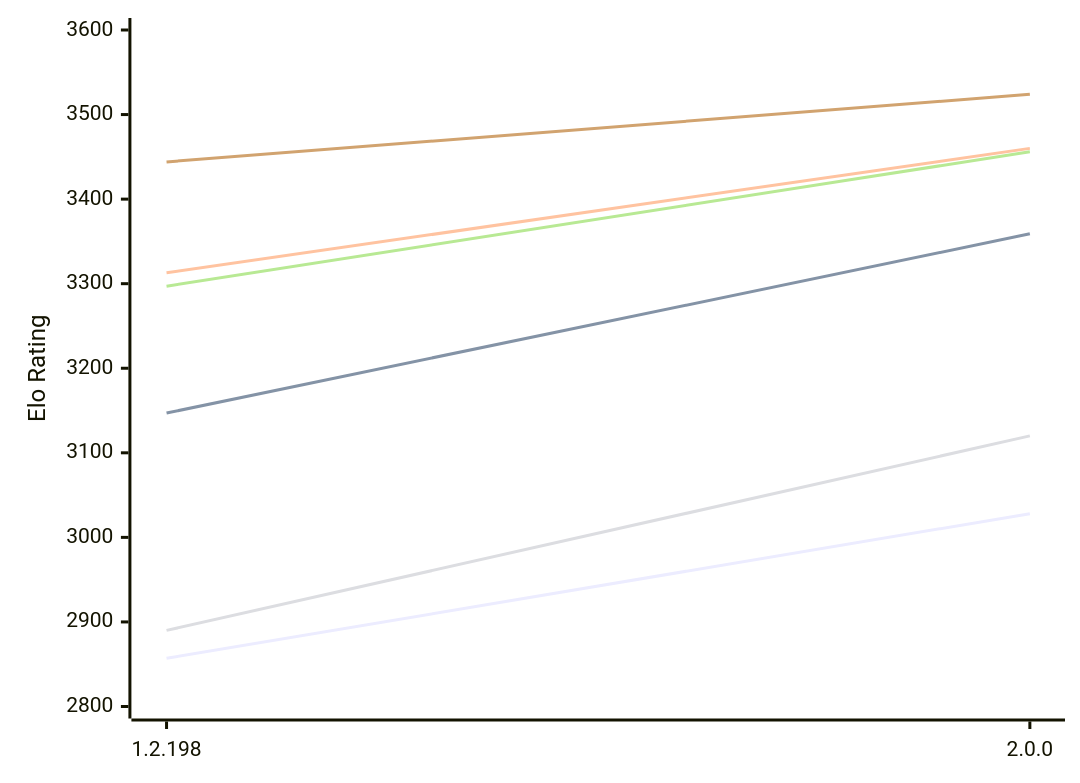
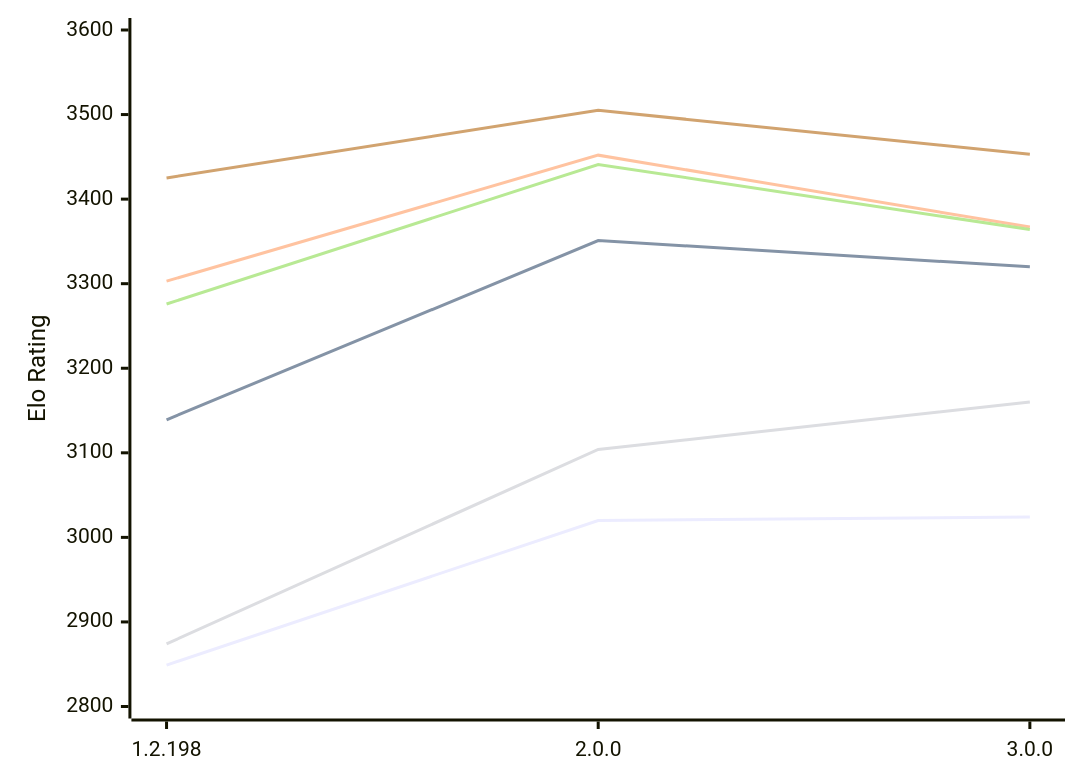
Before and after one commit to computer-chess-index/cci: the diagram in engines/Zenith.md, drawn with Mermaid. The commit also changed other lines of this file, not shown here.

Commit message:
Update CCI Ratings (ELO VLTC) - 2026-11-02

````diff
--- a/engines/Zenith.md
+++ b/engines/Zenith.md
@@ -49,12 +51,12 @@
 ```mermaid
 %%{init: {"theme":"base","themeVariables":{"seriesColors:['#a3a3a3','#222221','#faa371']}}}%%
 xychart-beta
-  x-axis ["1.2.198", "2.0.0"]
+  x-axis ["1.2.198", "2.0.0", "3.0.0"]
   y-axis "Elo Rating" 2800 --> 3600
-  line "E1: STC (8.0+0.08s)" [2857, 3028]
-  line "E1: LTC (60.0+0.60s)" [3147, 3359]
-  line "E1: VLTC (2m24s+1.12s)" [3313, 3460]
-  line "P1: STC (8.0+0.08s)" [2890, 3120]
-  line "P1: LTC (60.0+0.60s)" [3297, 3456]
-  line "P1: VLTC (2m24s+1.12s)" [3444, 3524]
+  line "E1: STC (8.0+0.08s)" [2849, 3020, 3024]
+  line "E1: LTC (60.0+0.60s)" [3139, 3351, 3320]
+  line "E1: VLTC (2m24s+1.12s)" [3303, 3452, 3367]
+  line "P1: STC (8.0+0.08s)" [2874, 3104, 3160]
+  line "P1: LTC (60.0+0.60s)" [3276, 3441, 3364]
+  line "P1: VLTC (2m24s+1.12s)" [3425, 3505, 3453]
 ```
````
